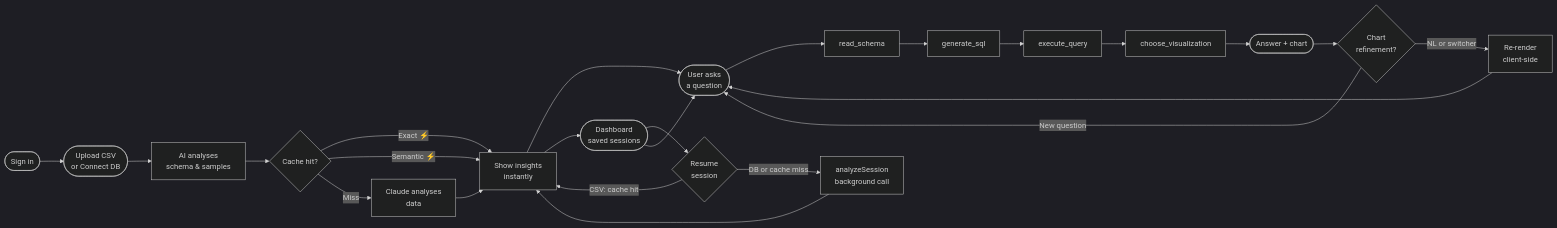
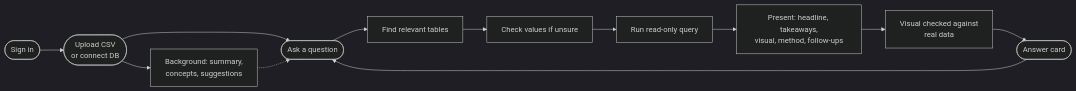
Before and after one commit to lawlesx/clairvoyance: the diagram in README.md, drawn with Mermaid (dark theme). The commit also changed other lines of this file and 61 other files, not shown here.

````diff
--- a/README.md
+++ b/README.md
@@ -41,24 +28,14 @@
 ```mermaid
 graph LR
-    A([Sign in]) --> B([Upload CSV\nor Connect DB])
-    B --> C[AI analyses\nschema & samples]
-    C --> D{Cache hit?}
-    D -- Exact ⚡ --> E[Show insights\ninstantly]
-    D -- Semantic ⚡ --> E
-    D -- Miss --> F[Claude analyses\ndata] --> E
-    E --> G([User asks\na question])
-    G --> H[read_schema]
-    H --> I[generate_sql]
-    I --> J[execute_query]
-    J --> K[choose_visualization]
-    K --> L([Answer + chart])
-    L --> N{Chart\nrefinement?}
-    N -- NL or switcher --> O[Re-render\nclient-side]
-    N -- New question --> G
-    O --> G
-    E --> M([Dashboard\nsaved sessions])
-    M --> P{Resume\nsession}
-    P -- CSV: cache hit --> E
-    P -- DB or cache miss --> Q[analyzeSession\nbackground call] --> E
+    A([Sign in]) --> B([Upload CSV<br/>or connect DB])
+    B --> C[Background: summary,<br/>concepts, suggestions]
+    B --> G([Ask a question])
+    C -.-> G
+    G --> H[Find relevant tables]
+    H --> I[Check values if unsure]
+    I --> J[Run read-only query]
+    J --> K[Present: headline, takeaways,<br/>visual, method, follow-ups]
+    K --> L[Visual checked against<br/>real data]
+    L --> M([Answer card])
     M --> G
 ```
````
